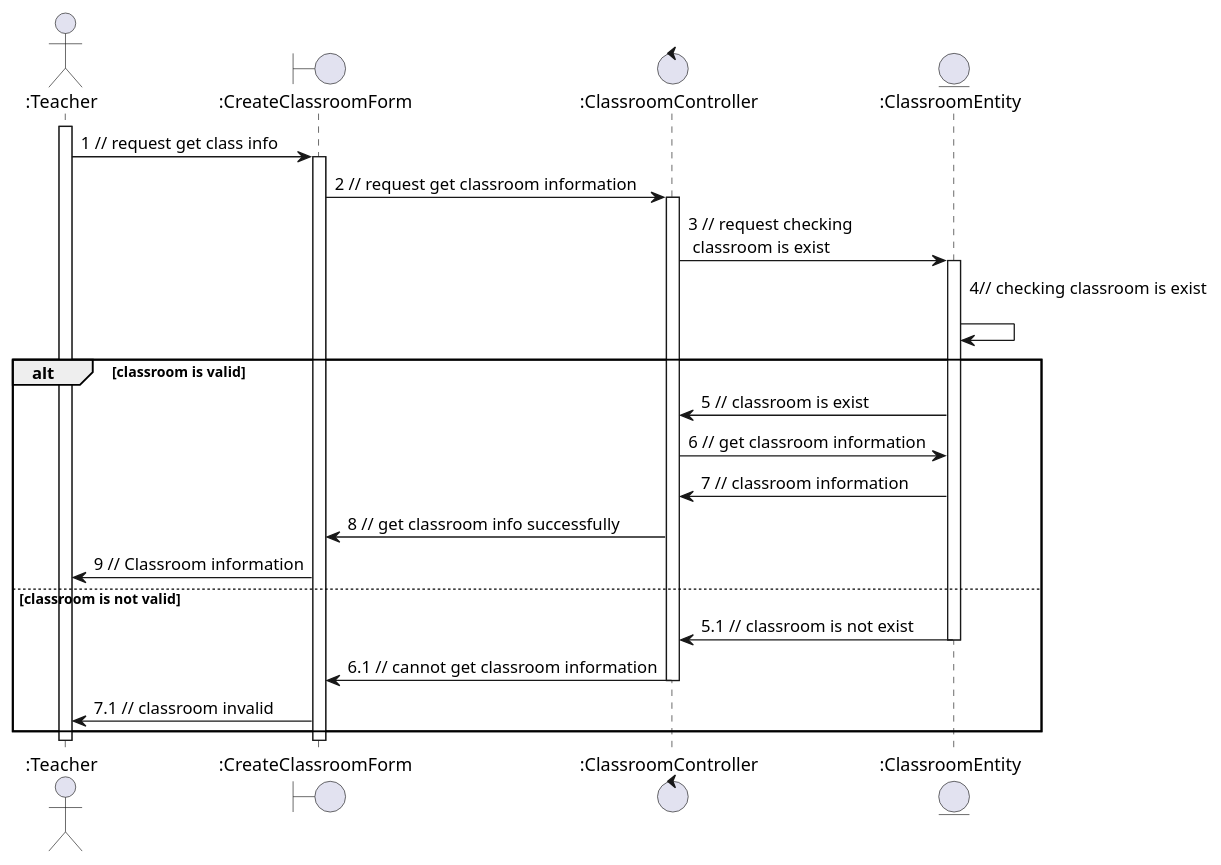
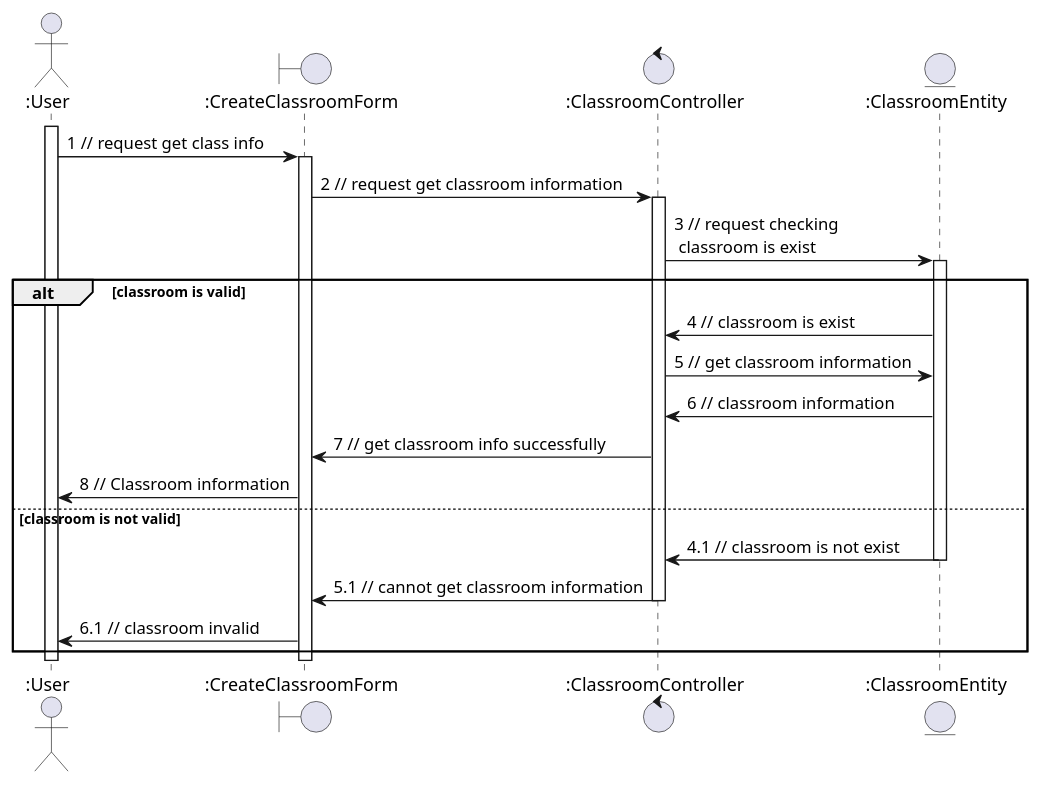
One commit to anonyhostvn/OOAD-Diagram changed the diagram in sequence - analaysis/classroom/viewClass.plantuml. Above: the diagram before and after it, drawn with PlantUML. The commit also changed 4 other files, not shown here.

```diff
--- a/sequence - analaysis/classroom/viewClass.plantuml
+++ b/sequence - analaysis/classroom/viewClass.plantuml
@@ -1,33 +1,32 @@
 @startuml viewClass
 
-actor ":Teacher"
+actor ":User"
 boundary ":CreateClassroomForm"
 control ":ClassroomController"
 entity ":ClassroomEntity"
 
-activate ":Teacher"
-":Teacher" -> ":CreateClassroomForm": 1 // request get class info
+activate ":User"
+":User" -> ":CreateClassroomForm": 1 // request get class info
 activate ":CreateClassroomForm"
 ":CreateClassroomForm" -> ":ClassroomController": 2 // request get classroom information
 activate ":ClassroomController"
 ":ClassroomController" -> ":ClassroomEntity": 3 // request checking \n classroom is exist
 activate ":ClassroomEntity"
-":ClassroomEntity" -> ":ClassroomEntity": 4// checking classroom is exist \n
 alt classroom is valid
-    ":ClassroomEntity" -> ":ClassroomController": 5 // classroom is exist
-    ":ClassroomController" -> ":ClassroomEntity": 6 // get classroom information
-    ":ClassroomEntity" -> ":ClassroomController": 7 // classroom information
-    ":ClassroomController" -> ":CreateClassroomForm": 8 // get classroom info successfully
-    ":CreateClassroomForm" -> ":Teacher": 9 // Classroom information
+    ":ClassroomEntity" -> ":ClassroomController": 4 // classroom is exist
+    ":ClassroomController" -> ":ClassroomEntity": 5 // get classroom information
+    ":ClassroomEntity" -> ":ClassroomController": 6 // classroom information
+    ":ClassroomController" -> ":CreateClassroomForm": 7 // get classroom info successfully
+    ":CreateClassroomForm" -> ":User": 8 // Classroom information
 else classroom is not valid
-    ":ClassroomEntity" -> ":ClassroomController": 5.1 // classroom is not exist
+    ":ClassroomEntity" -> ":ClassroomController": 4.1 // classroom is not exist
     deactivate ":ClassroomEntity"
-    ":ClassroomController" -> ":CreateClassroomForm": 6.1 // cannot get classroom information
+    ":ClassroomController" -> ":CreateClassroomForm": 5.1 // cannot get classroom information
     deactivate ":ClassroomController"
-    ":CreateClassroomForm" -> ":Teacher": 7.1 // classroom invalid
+    ":CreateClassroomForm" -> ":User": 6.1 // classroom invalid
 end
 
 deactivate ":CreateClassroomForm"
-deactivate ":Teacher"
+deactivate ":User"
 
 @enduml
```
